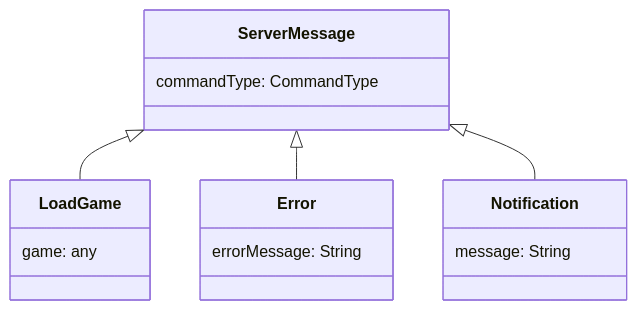
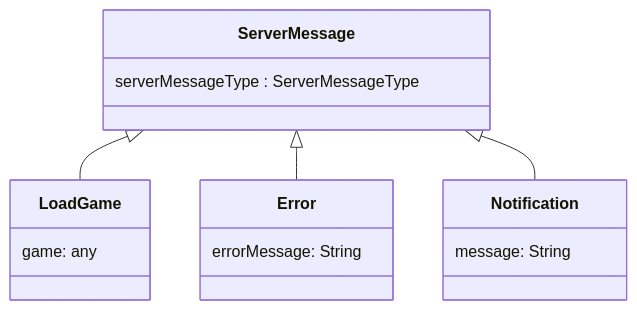
Before and after one commit to softwareconstruction240/softwareconstruction: the second of 2 diagrams in chess/6-gameplay/gameplay.md, drawn with Mermaid.

Commit message:
Update gameplay.md
Change to match the starter code and instructions

````diff
--- a/chess/6-gameplay/gameplay.md
+++ b/chess/6-gameplay/gameplay.md
@@ -141,18 +141,18 @@
 ```mermaid
 classDiagram
     class ServerMessage {
-        commandType: CommandType
+        serverMessageType : ServerMessageType
     }
     class LoadGame {
         game: any
     }
     class Error {
         errorMessage: String
     }
     class Notification {
         message: String
     }
     ServerMessage <|-- LoadGame
     ServerMessage <|-- Error
     ServerMessage <|-- Notification
 ```
````
